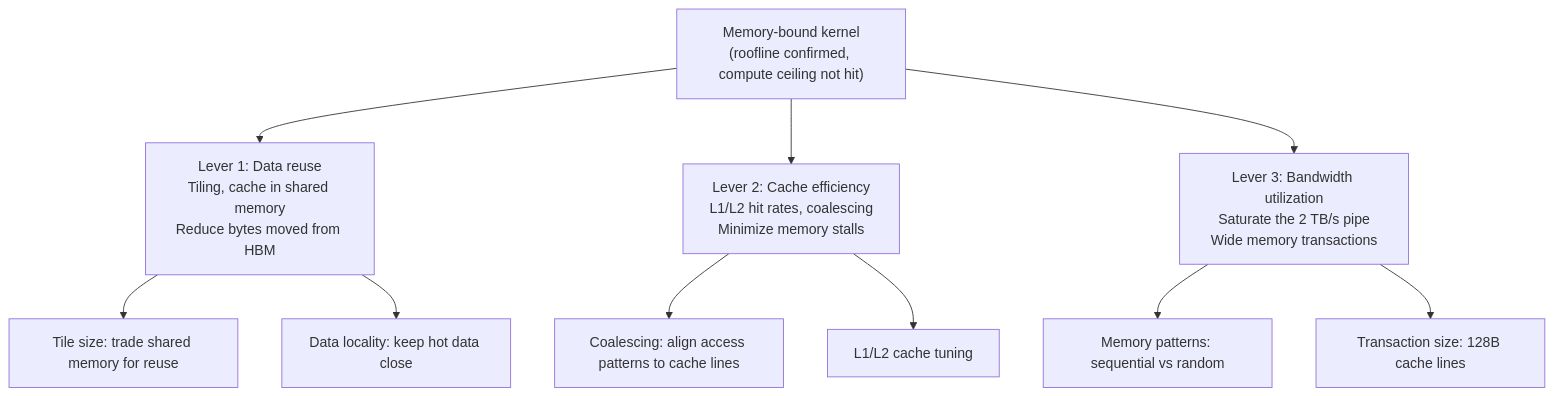
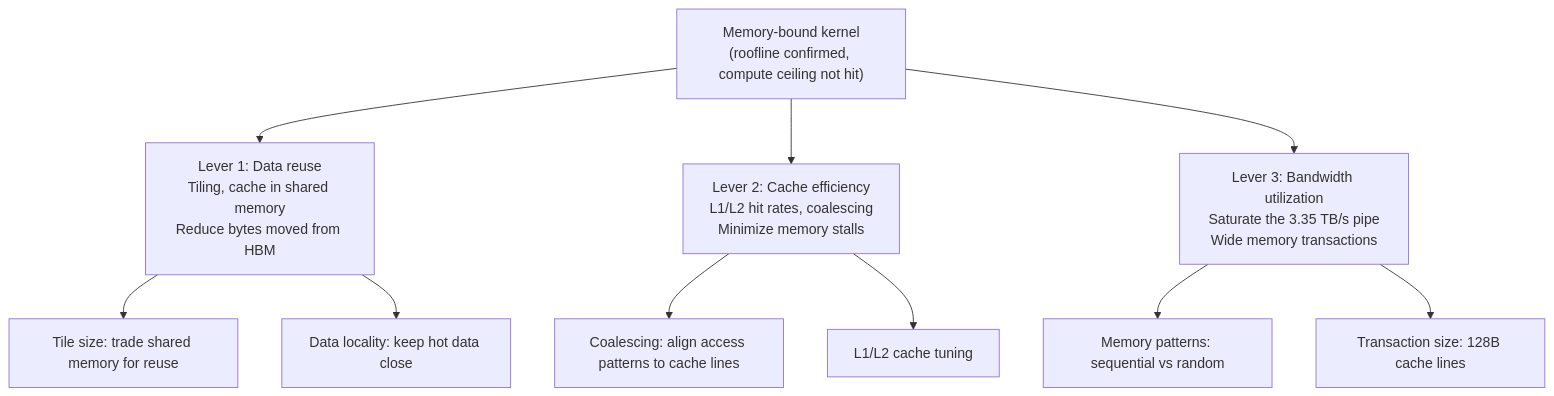
Before and after one commit to jithinpnjm/nvidia-devops: the diagram in docs/nvidia-zero-to-hero/volume-17/chapter-06-placeholder.md, drawn with Mermaid. The commit also changed other lines of this file and 3 other files, not shown here.

````diff
--- a/docs/nvidia-zero-to-hero/volume-17/chapter-06-placeholder.md
+++ b/docs/nvidia-zero-to-hero/volume-17/chapter-06-placeholder.md
@@ -26,15 +26,15 @@
 ```mermaid
 flowchart TD
     A["Memory-bound kernel<br/>(roofline confirmed, compute ceiling not hit)"] --> B["Lever 1: Data reuse<br/>Tiling, cache in shared memory<br/>Reduce bytes moved from HBM"]
     A --> C["Lever 2: Cache efficiency<br/>L1/L2 hit rates, coalescing<br/>Minimize memory stalls"]
-    A --> D["Lever 3: Bandwidth utilization<br/>Saturate the 2 TB/s pipe<br/>Wide memory transactions"]
+    A --> D["Lever 3: Bandwidth utilization<br/>Saturate the 3.35 TB/s pipe<br/>Wide memory transactions"]
     
     B --> B1["Tile size: trade shared memory for reuse"]
     B --> B2["Data locality: keep hot data close"]
     
     C --> C1["Coalescing: align access patterns to cache lines"]
     C --> C2["L1/L2 cache tuning"]
     
     D --> D1["Memory patterns: sequential vs random"]
     D --> D2["Transaction size: 128B cache lines"]
 ```
````
